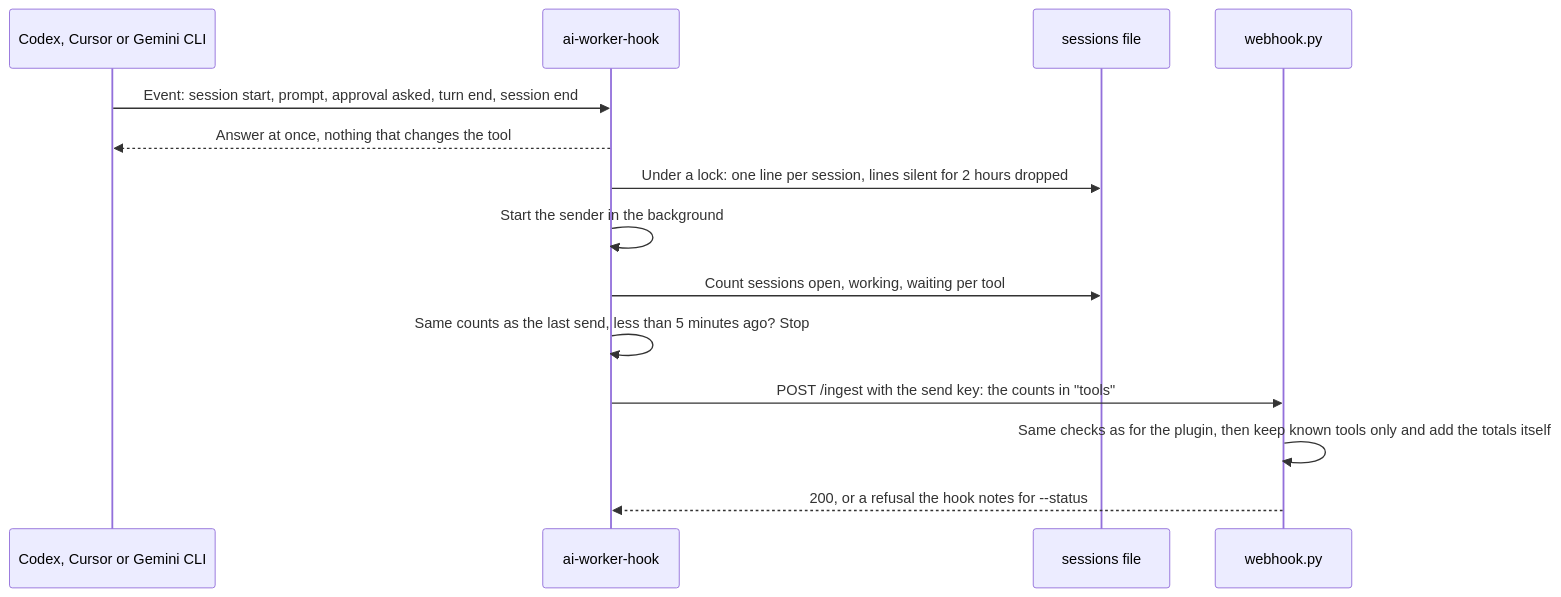
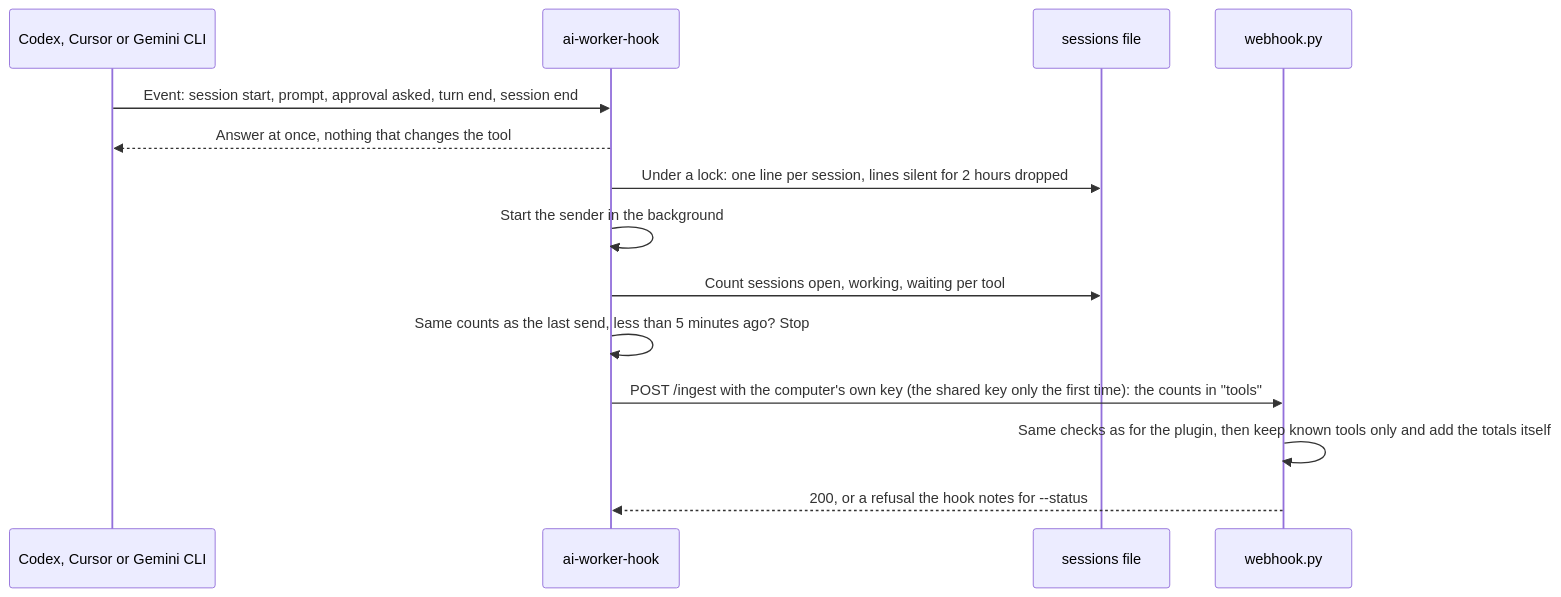
One commit to anhle9x/ai-worker changed the third of 13 diagrams in docs/ARCHITECTURE.md. Above: the diagram before and after it, drawn with Mermaid. The commit also changed other lines of this file and 48 other files, not shown here.

````diff
--- a/docs/ARCHITECTURE.md
+++ b/docs/ARCHITECTURE.md
@@ -201,16 +206,16 @@
 ```mermaid
 sequenceDiagram
   participant T as Codex, Cursor or Gemini CLI
   participant H as ai-worker-hook
   participant F as sessions file
   participant W as webhook.py
   T->>H: Event: session start, prompt, approval asked, turn end, session end
   H-->>T: Answer at once, nothing that changes the tool
   H->>F: Under a lock: one line per session, lines silent for 2 hours dropped
   H->>H: Start the sender in the background
   H->>F: Count sessions open, working, waiting per tool
   H->>H: Same counts as the last send, less than 5 minutes ago? Stop
-  H->>W: POST /ingest with the send key: the counts in "tools"
+  H->>W: POST /ingest with the computer's own key (the shared key only the first time): the counts in "tools"
   W->>W: Same checks as for the plugin, then keep known tools only and add the totals itself
   W-->>H: 200, or a refusal the hook notes for --status
 ```
````
